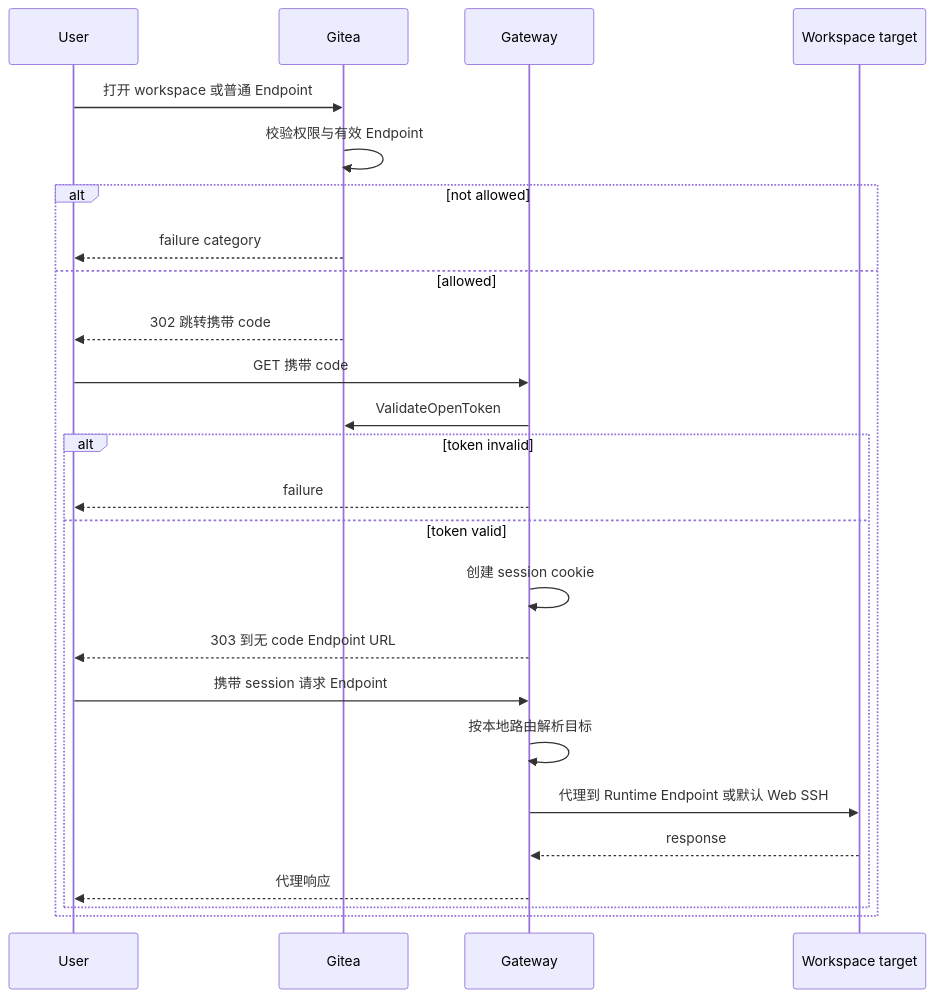
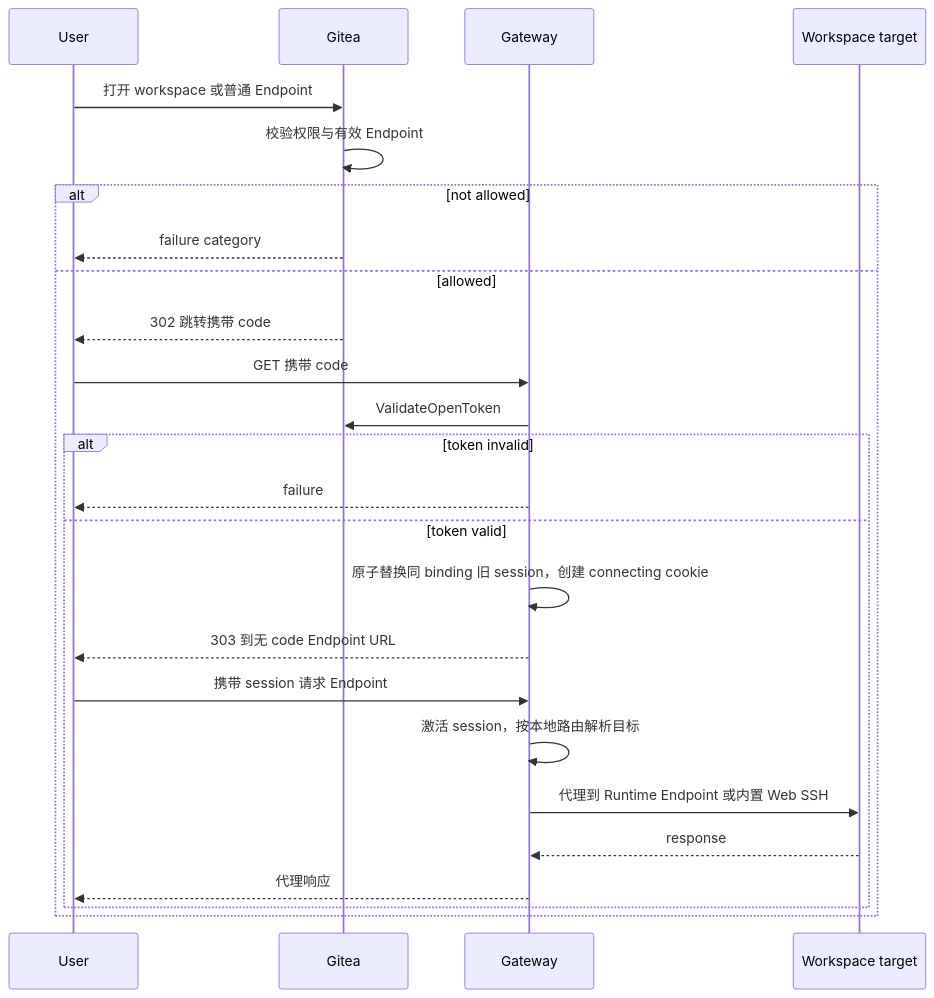
The first of 2 diagrams in src/manager-gateway.md (ExplodingDragon/gitea-dev), drawn with Mermaid before and after one commit. The commit also changed other lines of this file and 10 other files, not shown here.

````diff
--- a/src/manager-gateway.md
+++ b/src/manager-gateway.md
@@ -662,28 +969,28 @@
 ```mermaid
 sequenceDiagram
     participant U as User
     participant G as Gitea
     participant W as Gateway
     participant T as Workspace target
 
     U->>G: 打开 workspace 或普通 Endpoint
     G->>G: 校验权限与有效 Endpoint
     alt not allowed
         G-->>U: failure category
     else allowed
         G-->>U: 302 跳转携带 code
         U->>W: GET 携带 code
         W->>G: ValidateOpenToken
         alt token invalid
             W-->>U: failure
         else token valid
-            W->>W: 创建 session cookie
+            W->>W: 原子替换同 binding 旧 session，创建 connecting cookie
             W-->>U: 303 到无 code Endpoint URL
             U->>W: 携带 session 请求 Endpoint
-            W->>W: 按本地路由解析目标
-            W->>T: 代理到 Runtime Endpoint 或默认 Web SSH
+            W->>W: 激活 session，按本地路由解析目标
+            W->>T: 代理到 Runtime Endpoint 或内置 Web SSH
             T-->>W: response
             W-->>U: 代理响应
         end
     end
 ```
````
